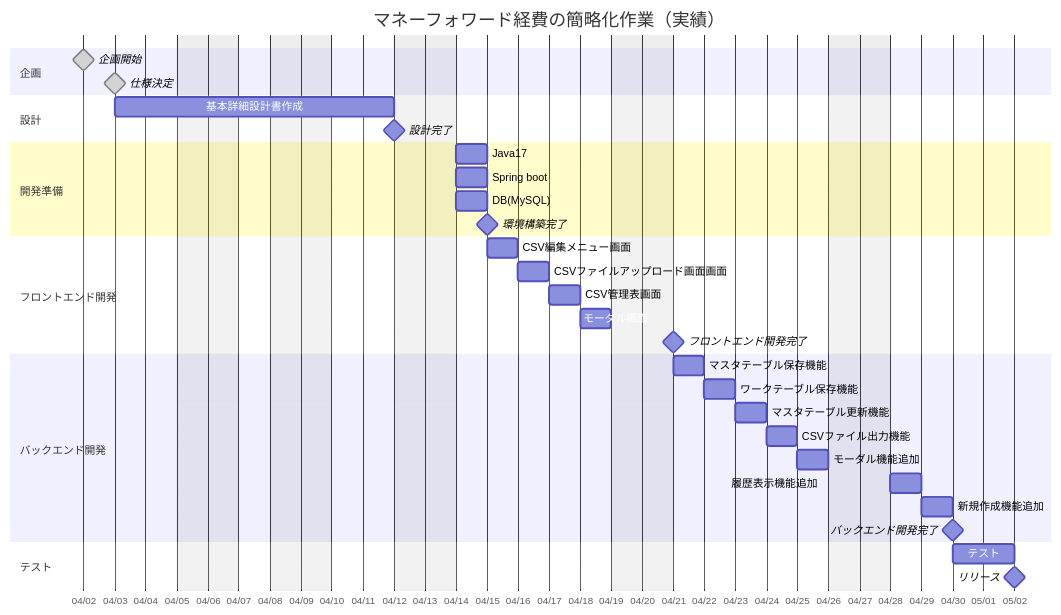
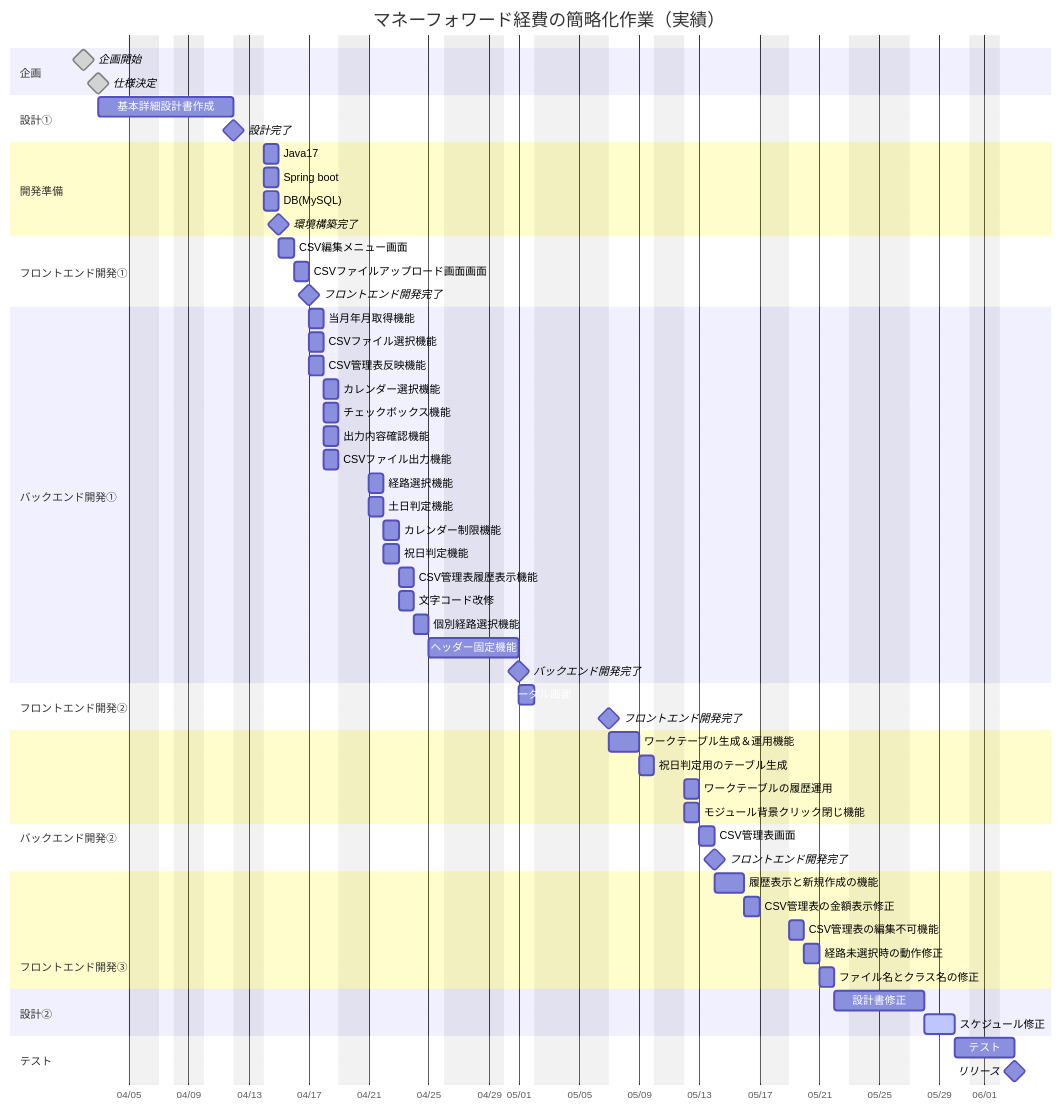
One commit to brain-yuhei/CsvCreateTool changed the second of 2 diagrams in AttrMF/csvdownload/csvcreate/docs/schedule.md. Above: the diagram before and after it, drawn with Mermaid. The commit also changed 1 other file, not shown here.

Commit message:
スケジュール修正

````diff
--- a/AttrMF/csvdownload/csvcreate/docs/schedule.md
+++ b/AttrMF/csvdownload/csvcreate/docs/schedule.md
@@ -41,43 +41,74 @@
 ```mermaid
 gantt
   title マネーフォワード経費の簡略化作業（実績）
   dateFormat  YYYY-MM-DD
   axisFormat  %m/%d  
-  excludes    weekends, 2025-04-08, 2025-04-09  
-  tickInterval 1day
+  excludes    weekends, 2025-04-08, 2025-04-09, 2025-04-28, 2025-04-29, 2025-05-02, 2025-05-05, 2025-05-06, 2025-05-23, 2025-05-26
+  tickInterval 4day
 
   section 企画
     企画開始          : done, milestone, des1, 2025-04-02,    
     仕様決定          : done, milestone, des1-2, 2025-04-03,    
 
-  section 設計
+  section 設計①
     基本詳細設計書作成     : des2, after des1-2, 5d 
     設計完了             : milestone, 2025-04-12,
 
   section 開発準備  
     Java17     　　　　　　: des3-1, 2025-04-14, 1d
     Spring boot          : des3-2, 2025-04-14, 1d
     DB(MySQL)  　         : des3-3, 2025-04-14, 1d    
     環境構築完了           : milestone, m3, 2025-04-15,
 
-  section フロントエンド開発
+  section フロントエンド開発①
     CSV編集メニュー画面                 : des4-1, 2025-04-15, 1d
     CSVファイルアップロード画面画面      : des4-2, after des4-1, 1d
-    CSV管理表画面                       : des4-3, after des4-2, 1d
-    モーダル画面                        : des4-4, after des4-3, 1d
     フロントエンド開発完了               : milestone, after des4-4
 
-  section バックエンド開発
-    マスタテーブル保存機能             : des5-1, after des4-4, 1d
-    ワークテーブル保存機能             : des5-2, after des5-1, 1d
-    マスタテーブル更新機能             : des5-3, after des5-2, 1d
-    CSVファイル出力機能                : des5-4, after des5-3, 1d
-    モーダル機能追加        　　　　　　: des5-5, after des5-4, 1d
-    履歴表示機能追加        　　　　　　: des5-6, after des5-5, 1d
-    新規作成機能追加                   : des5-7, after des5-6, 1d
+  section バックエンド開発①
+    当月年月取得機能             : des5-1, after des4-2, 1d
+    CSVファイル選択機能             : des5-1, after des4-2, 1d
+    CSV管理表反映機能             : des5-1, after des4-2, 1d
+    カレンダー選択機能             : des5-2, after des5-1, 1d
+    チェックボックス機能             : des5-2, after des5-1, 1d
+    出力内容確認機能                : des5-2, after des5-1, 1d
+    CSVファイル出力機能                : des5-2, after des5-1, 1d
+    経路選択機能        　　　　　　: des5-3, after des5-2, 1d
+    土日判定機能        　　　　　　: des5-3, after des5-2, 1d
+    カレンダー制限機能                   : des5-4, after des5-3, 1d
+    祝日判定機能                   : des5-4, after des5-3, 1d
+    CSV管理表履歴表示機能                   : des5-5, after des5-4, 1d
+    文字コード改修                   : des5-5, after des5-4, 1d
+    個別経路選択機能                   : des5-6, after des5-5, 1d
+    ヘッダー固定機能                   : des5-7, after des5-6, 2d
     バックエンド開発完了               :milestone,m5, after des5-7,
 
+  section フロントエンド開発②
+    モーダル画面                        : des5-8, after des5-7, 1d  　  
+    フロントエンド開発完了               : milestone, after des5-8
+
+  section バックエンド開発②
+　  ワークテーブル生成＆運用機能                       : des5-9, after des5-8, 2d 
+　　祝日判定用のテーブル生成                       : des5-10, after des5-9, 1d
+　　ワークテーブルの履歴運用                       : des5-11, after des5-10, 1d 
+　　モジュール背景クリック閉じ機能                       : des5-11, after des5-10, 1d 
+
+  section フロントエンド開発③
+    CSV管理表画面                       : des5-12, after des5-11, 1d  　  
+    フロントエンド開発完了               : milestone, after des5-12
+
+  section バックエンド開発②
+    履歴表示と新規作成の機能                      : des5-13, after des5-12, 2d 
+    CSV管理表の金額表示修正                      : des5-14, after des5-13, 1d 
+    CSV管理表の編集不可機能                      : des5-15, after des5-14, 1d 
+    経路未選択時の動作修正                      : des5-16, after des5-15, 1d 
+    ファイル名とクラス名の修正                      : des5-17, after des5-16, 1d 
+
+  section 設計②
+    設計書修正                      : des5-18, after des5-17, 2d 
+    スケジュール修正                      : active, des5-19, after des5-18, 2d
+
   section テスト
-    テスト               : des6, after m5, 2d
+    テスト               : des6, after des5-19, 2d
     リリース             : milestone,
 ```
````
